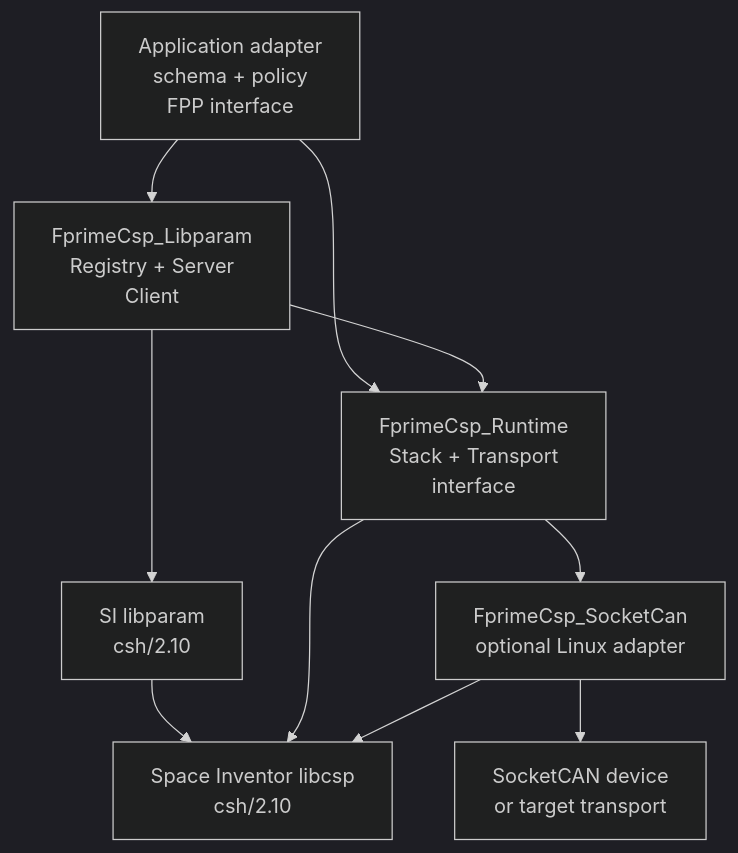
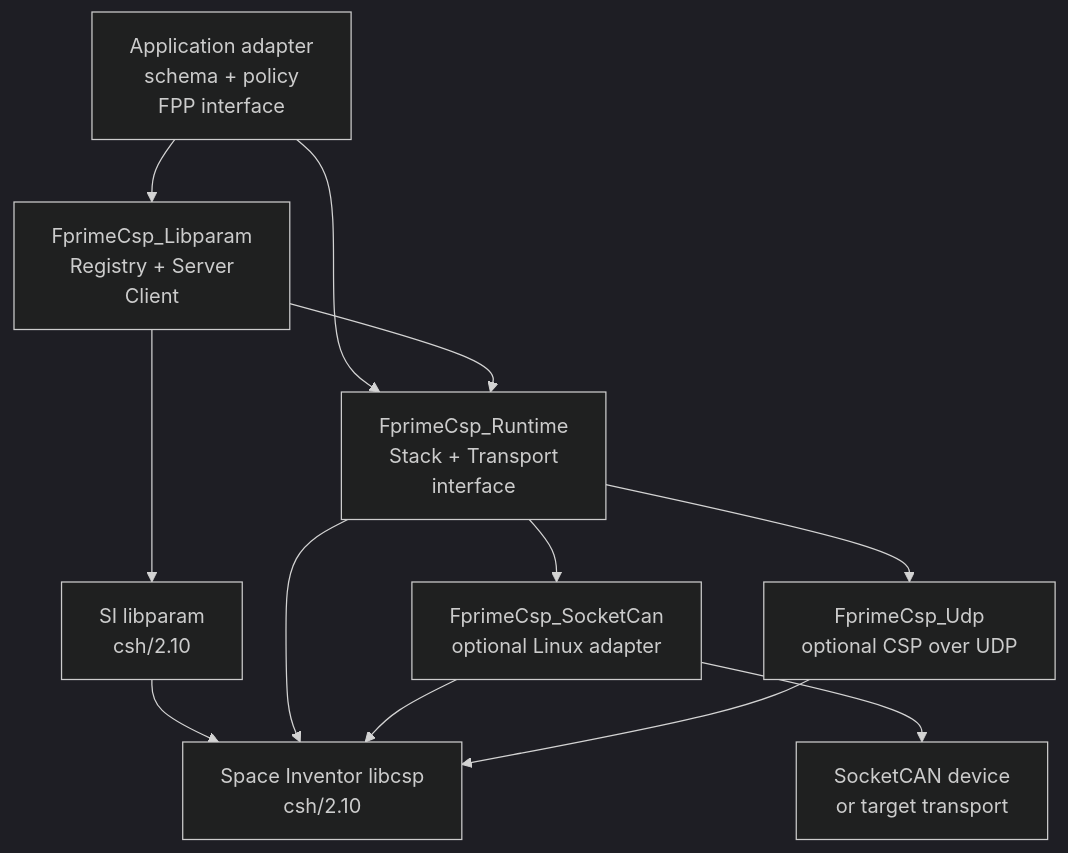
Before and after one commit to SiboVG/fprime-csp-libparam: the second of 4 diagrams in docs/architecture.md, drawn with Mermaid (dark theme). The commit also changed other lines of this file and 24 other files, not shown here.

````diff
--- a/docs/architecture.md
+++ b/docs/architecture.md
@@ -108,20 +108,23 @@
 ```mermaid
 flowchart TB
   APP["Application adapter<br/>schema + policy<br/>FPP interface"]
   LP["FprimeCsp_Libparam<br/>Registry + Server<br/>Client"]
   RT["FprimeCsp_Runtime<br/>Stack + Transport<br/>interface"]
   SC["FprimeCsp_SocketCan<br/>optional Linux adapter"]
+  UDP["FprimeCsp_Udp<br/>optional CSP over UDP"]
   LPARAM["SI libparam<br/>csh/2.10"]
   CSP["Space Inventor libcsp<br/>csh/2.10"]
   CAN["SocketCAN device<br/>or target transport"]
 
   APP --> LP
   APP --> RT
   LP --> RT
   LP --> LPARAM
   LPARAM --> CSP
   RT --> CSP
   RT --> SC
   SC --> CSP
   SC --> CAN
+  RT --> UDP
+  UDP --> CSP
 ```
````
